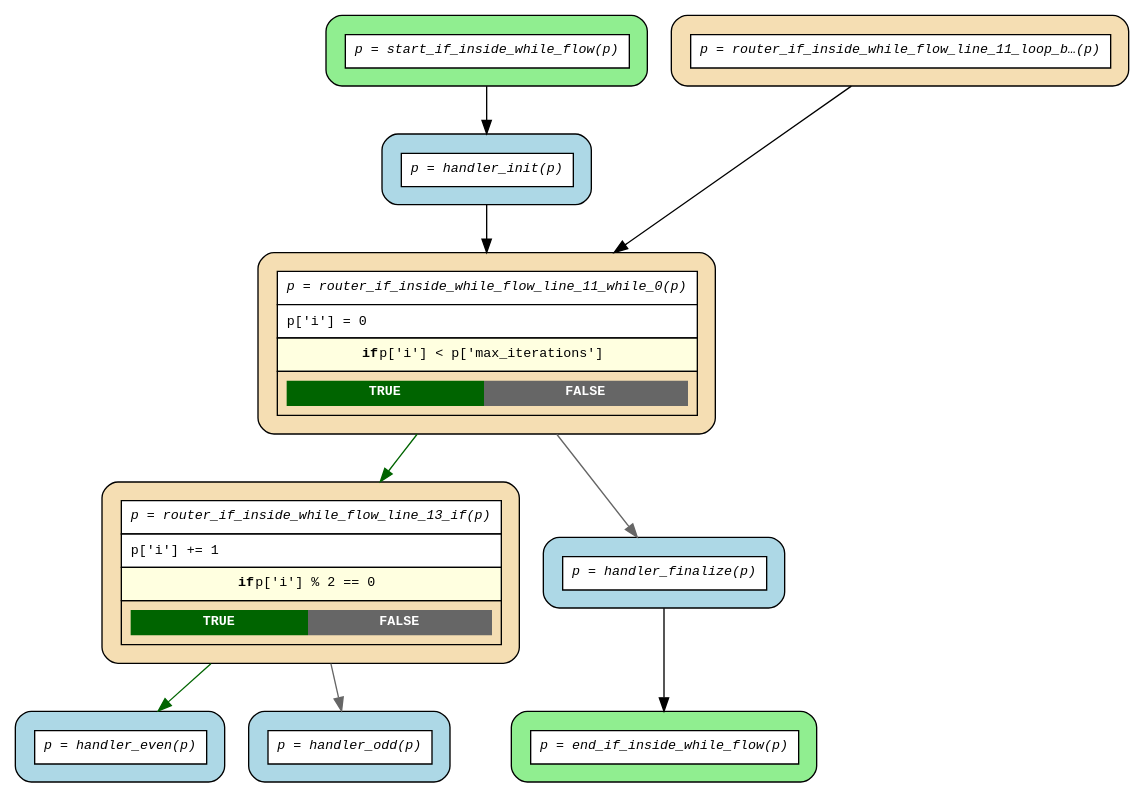
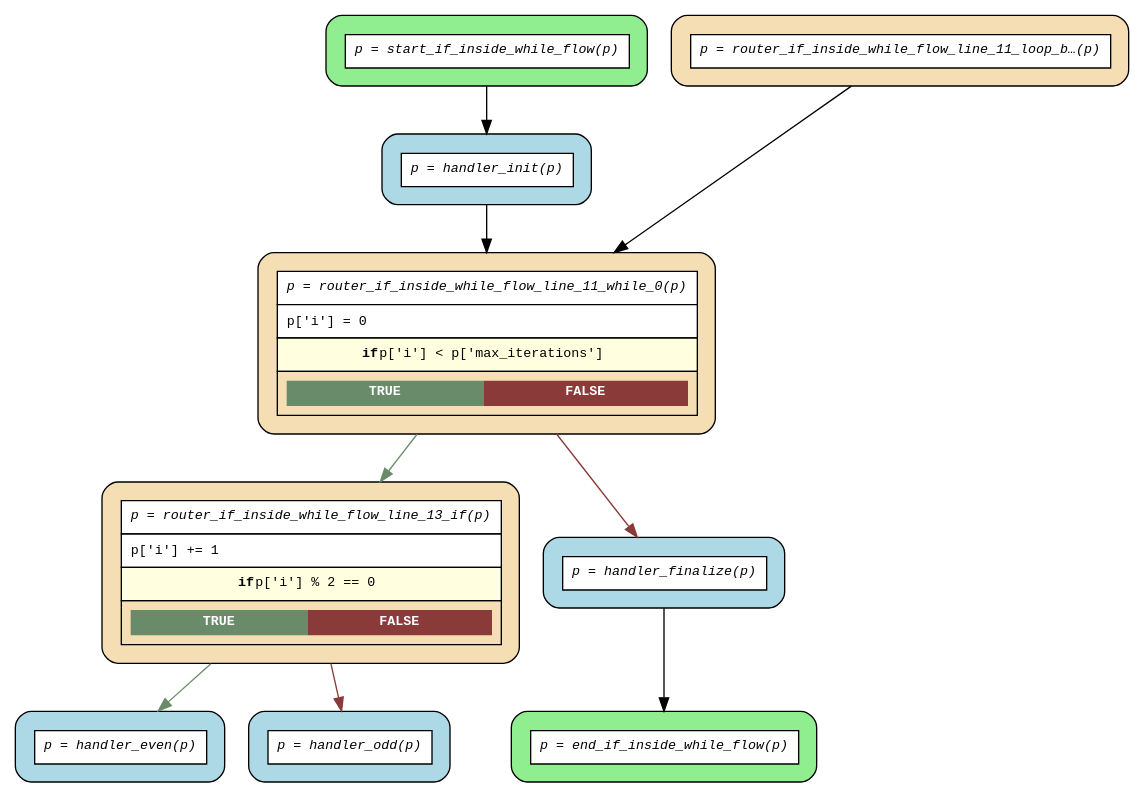
The diagram in examples/flows/compiled/while_with_if/flow.dot (deliveryhero/asya), drawn with Graphviz before and after one commit. The commit also changed 59 other files, not shown here.

```diff
--- a/examples/flows/compiled/while_with_if/flow.dot
+++ b/examples/flows/compiled/while_with_if/flow.dot
@@ -1,25 +1,25 @@
 digraph flow {
   rankdir=TB;
   graph [fontname="Courier", fontsize=10];
   node [fontname="Courier", fontsize=10, shape=box, style="filled,rounded", margin="0.2"];
   edge [fontname="Courier", fontsize=10];
 
   start_if_inside_while_flow [fillcolor="lightgreen", label=<<table border="0" cellspacing="0" cellpadding="6" cellborder="1"><tr><td bgcolor="white" align="center"><i>p = start_if_inside_while_flow(p)</i></td></tr></table>>];
-  router_if_inside_while_flow_line_13_if [fillcolor="wheat", label=<<table border="0" cellspacing="0" cellpadding="6" cellborder="1"><tr><td bgcolor="white" align="center"><i>p = router_if_inside_while_flow_line_13_if(p)</i></td></tr><tr><td bgcolor="white" align="left">p['i'] += 1</td></tr><tr><td bgcolor="lightyellow"><b>if</b> p['i'] % 2 == 0</td></tr><tr><td><table border="0" cellspacing="0" cellpadding="4"><tr><td bgcolor="darkgreen"><font color="white"><b>TRUE</b></font></td><td bgcolor="gray40"><font color="white"><b>FALSE</b></font></td></tr></table></td></tr></table>>];
+  router_if_inside_while_flow_line_13_if [fillcolor="wheat", label=<<table border="0" cellspacing="0" cellpadding="6" cellborder="1"><tr><td bgcolor="white" align="center"><i>p = router_if_inside_while_flow_line_13_if(p)</i></td></tr><tr><td bgcolor="white" align="left">p['i'] += 1</td></tr><tr><td bgcolor="lightyellow"><b>if</b> p['i'] % 2 == 0</td></tr><tr><td><table border="0" cellspacing="0" cellpadding="4"><tr><td bgcolor="darkseagreen4"><font color="white"><b>TRUE</b></font></td><td bgcolor="indianred4"><font color="white"><b>FALSE</b></font></td></tr></table></td></tr></table>>];
   router_if_inside_while_flow_line_11_loop_back_0 [fillcolor="wheat", label=<<table border="0" cellspacing="0" cellpadding="6" cellborder="1"><tr><td bgcolor="white" align="center"><i>p = router_if_inside_while_flow_line_11_loop_b…(p)</i></td></tr></table>>];
-  router_if_inside_while_flow_line_11_while_0 [fillcolor="wheat", label=<<table border="0" cellspacing="0" cellpadding="6" cellborder="1"><tr><td bgcolor="white" align="center"><i>p = router_if_inside_while_flow_line_11_while_0(p)</i></td></tr><tr><td bgcolor="white" align="left">p['i'] = 0</td></tr><tr><td bgcolor="lightyellow"><b>if</b> p['i'] &lt; p['max_iterations']</td></tr><tr><td><table border="0" cellspacing="0" cellpadding="4"><tr><td bgcolor="darkgreen"><font color="white"><b>TRUE</b></font></td><td bgcolor="gray40"><font color="white"><b>FALSE</b></font></td></tr></table></td></tr></table>>];
+  router_if_inside_while_flow_line_11_while_0 [fillcolor="wheat", label=<<table border="0" cellspacing="0" cellpadding="6" cellborder="1"><tr><td bgcolor="white" align="center"><i>p = router_if_inside_while_flow_line_11_while_0(p)</i></td></tr><tr><td bgcolor="white" align="left">p['i'] = 0</td></tr><tr><td bgcolor="lightyellow"><b>if</b> p['i'] &lt; p['max_iterations']</td></tr><tr><td><table border="0" cellspacing="0" cellpadding="4"><tr><td bgcolor="darkseagreen4"><font color="white"><b>TRUE</b></font></td><td bgcolor="indianred4"><font color="white"><b>FALSE</b></font></td></tr></table></td></tr></table>>];
   end_if_inside_while_flow [fillcolor="lightgreen", label=<<table border="0" cellspacing="0" cellpadding="6" cellborder="1"><tr><td bgcolor="white" align="center"><i>p = end_if_inside_while_flow(p)</i></td></tr></table>>];
   handler_even [fillcolor="lightblue", label=<<table border="0" cellspacing="0" cellpadding="6" cellborder="1"><tr><td bgcolor="white" align="center"><i>p = handler_even(p)</i></td></tr></table>>];
   handler_finalize [fillcolor="lightblue", label=<<table border="0" cellspacing="0" cellpadding="6" cellborder="1"><tr><td bgcolor="white" align="center"><i>p = handler_finalize(p)</i></td></tr></table>>];
   handler_init [fillcolor="lightblue", label=<<table border="0" cellspacing="0" cellpadding="6" cellborder="1"><tr><td bgcolor="white" align="center"><i>p = handler_init(p)</i></td></tr></table>>];
   handler_odd [fillcolor="lightblue", label=<<table border="0" cellspacing="0" cellpadding="6" cellborder="1"><tr><td bgcolor="white" align="center"><i>p = handler_odd(p)</i></td></tr></table>>];
 
   handler_finalize -> end_if_inside_while_flow;
   handler_init -> router_if_inside_while_flow_line_11_while_0;
   router_if_inside_while_flow_line_11_loop_back_0 -> router_if_inside_while_flow_line_11_while_0 [constraint=false];
-  router_if_inside_while_flow_line_11_while_0 -> handler_finalize [color=gray40];
-  router_if_inside_while_flow_line_11_while_0 -> router_if_inside_while_flow_line_13_if [color=darkgreen];
-  router_if_inside_while_flow_line_13_if -> handler_even [color=darkgreen];
-  router_if_inside_while_flow_line_13_if -> handler_odd [color=gray40];
+  router_if_inside_while_flow_line_11_while_0 -> handler_finalize [color=indianred4];
+  router_if_inside_while_flow_line_11_while_0 -> router_if_inside_while_flow_line_13_if [color=darkseagreen4];
+  router_if_inside_while_flow_line_13_if -> handler_even [color=darkseagreen4];
+  router_if_inside_while_flow_line_13_if -> handler_odd [color=indianred4];
   start_if_inside_while_flow -> handler_init;
 }
```
